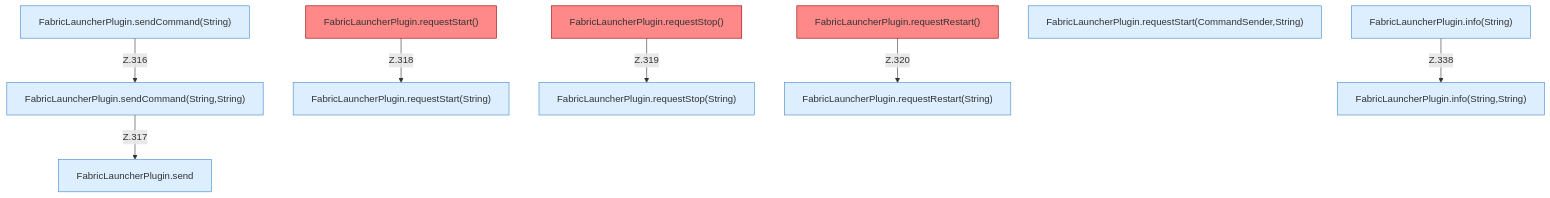
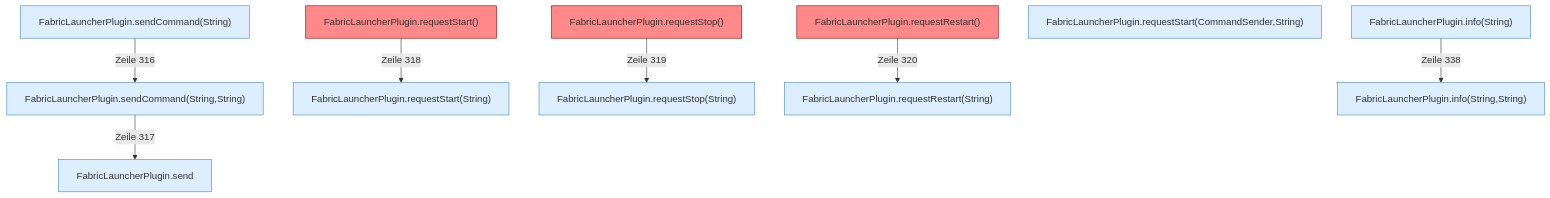
Before and after one commit to PrinceDiamant/minecraft-serverhoster-plugin: the diagram in Slot-Aktionen.md, drawn with Mermaid. The commit also changed other lines of this file and 2005 other files, not shown here.

````diff
--- a/Slot-Aktionen.md
+++ b/Slot-Aktionen.md
@@ -5,26 +5,26 @@
 ```mermaid
 flowchart TD
   n1["FabricLauncherPlugin.sendCommand(String)"]:::internal-link
   n2["FabricLauncherPlugin.sendCommand(String,String)"]:::internal-link
   n3["FabricLauncherPlugin.requestStart()"]:::internal-link
   n4["FabricLauncherPlugin.requestStop()"]:::internal-link
   n5["FabricLauncherPlugin.requestRestart()"]:::internal-link
   n6["FabricLauncherPlugin.requestStart(String)"]:::internal-link
   n7["FabricLauncherPlugin.requestStart(CommandSender,String)"]:::internal-link
   n8["FabricLauncherPlugin.requestStop(String)"]:::internal-link
   n9["FabricLauncherPlugin.requestRestart(String)"]:::internal-link
   n10["FabricLauncherPlugin.info(String)"]:::internal-link
   n11["FabricLauncherPlugin.info(String,String)"]:::internal-link
   n12["FabricLauncherPlugin.send"]:::internal-link
-  n1 -->|"Z.316"| n2
-  n2 -->|"Z.317"| n12
-  n3 -->|"Z.318"| n6
-  n4 -->|"Z.319"| n8
-  n5 -->|"Z.320"| n9
-  n10 -->|"Z.338"| n11
+  n1 -->|"Zeile 316"| n2
+  n2 -->|"Zeile 317"| n12
+  n3 -->|"Zeile 318"| n6
+  n4 -->|"Zeile 319"| n8
+  n5 -->|"Zeile 320"| n9
+  n10 -->|"Zeile 338"| n11
   classDef internal-link fill:#ddeeff,stroke:#4488cc
   classDef befund fill:#f88
   style n3 fill:#f88,stroke:#900
   style n4 fill:#f88,stroke:#900
   style n5 fill:#f88,stroke:#900
 ```
````
